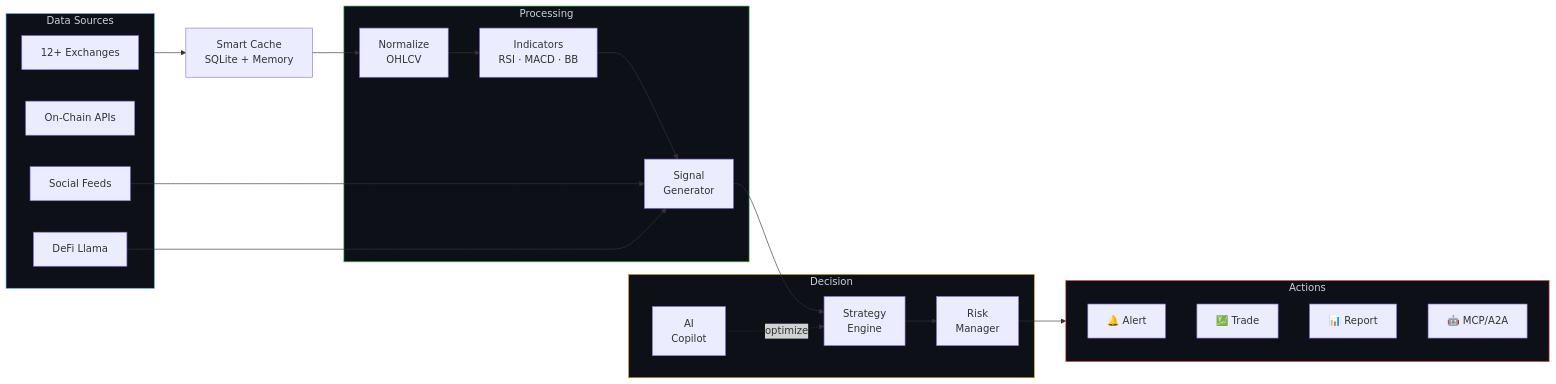
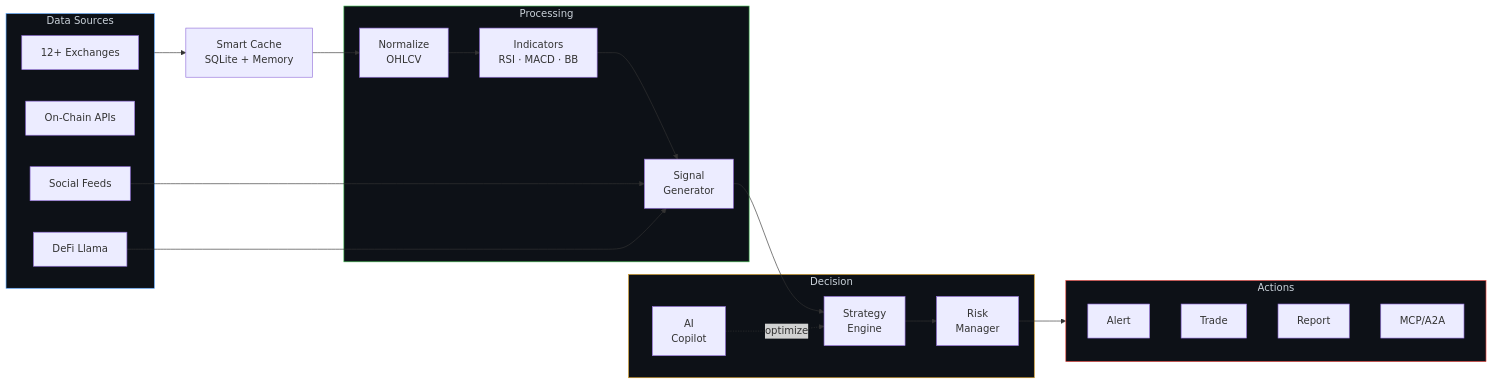
Before and after one commit to Sloped-familyunit908/finclaw: the second of 2 diagrams in README.md, drawn with Mermaid. The commit also changed other lines of this file and 15 other files, not shown here.

````diff
--- a/README.md
+++ b/README.md
@@ -351,40 +351,40 @@
 ```mermaid
 flowchart LR
     subgraph Sources["Data Sources"]
         EX["12+ Exchanges"]
         CHAIN["On-Chain APIs"]
         SOCIAL["Social Feeds"]
         DEFI["DeFi Llama"]
     end
 
     CACHE["Smart Cache<br/>SQLite + Memory"]
 
     subgraph Processing["Processing"]
         NORM["Normalize<br/>OHLCV"]
         IND["Indicators<br/>RSI · MACD · BB"]
         SIGNAL["Signal<br/>Generator"]
     end
 
     subgraph Decision["Decision"]
         STRAT["Strategy<br/>Engine"]
         RISK["Risk<br/>Manager"]
         AI["AI<br/>Copilot"]
     end
 
     subgraph Output["Actions"]
-        ALERT["🔔 Alert"]
-        TRADE["💹 Trade"]
-        REPORT["📊 Report"]
-        AGENT["🤖 MCP/A2A"]
+        ALERT["Alert"]
+        TRADE["Trade"]
+        REPORT["Report"]
+        AGENT["MCP/A2A"]
     end
 
     Sources --> CACHE --> NORM --> IND --> SIGNAL --> STRAT --> RISK --> Output
     AI -.->|"optimize"| STRAT
     SOCIAL --> SIGNAL
     DEFI --> SIGNAL
 
     style Sources fill:#0d1117,stroke:#58a6ff,color:#c9d1d9
     style Processing fill:#0d1117,stroke:#3fb950,color:#c9d1d9
     style Decision fill:#0d1117,stroke:#d29922,color:#c9d1d9
     style Output fill:#0d1117,stroke:#f85149,color:#c9d1d9
 ```
````
